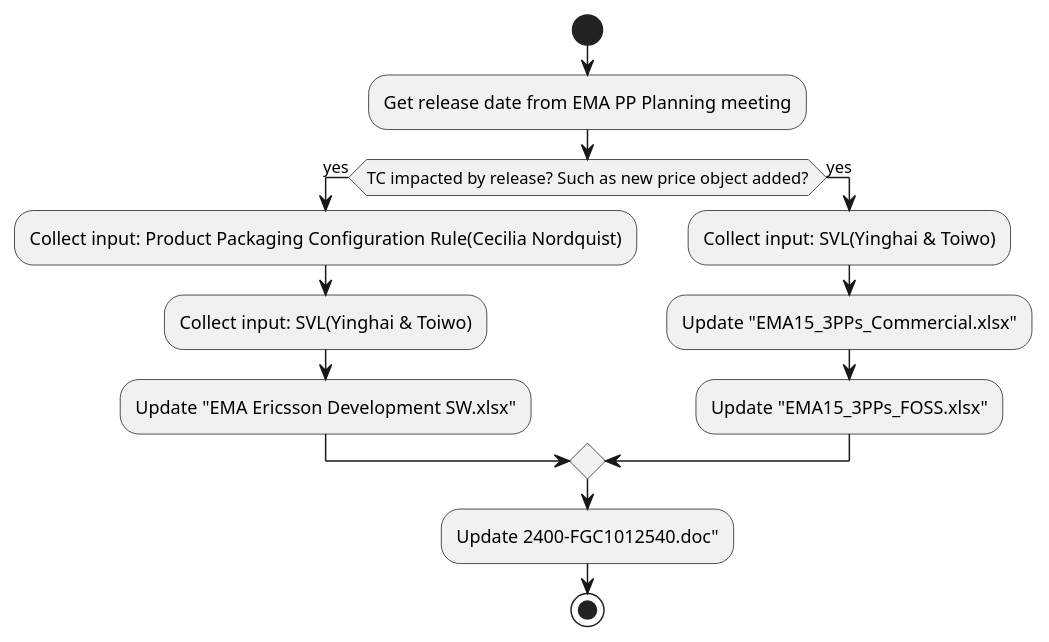
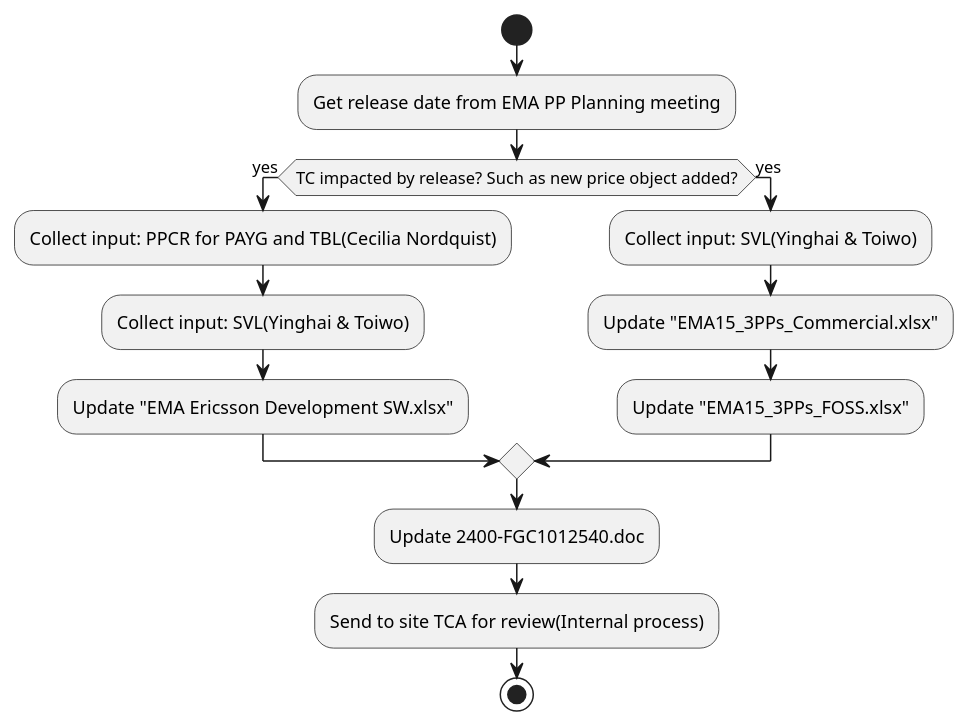
Before and after one commit to daiyimin/JavaBasics: the diagram in UMLProject/src/com/ericsson/uml/tradecompliance/2400.puml, drawn with PlantUML. The commit also changed 8 other files, not shown here.

Commit message:
add new UML of PG

```diff
--- a/UMLProject/src/com/ericsson/uml/tradecompliance/2400.puml
+++ b/UMLProject/src/com/ericsson/uml/tradecompliance/2400.puml
@@ -1,15 +1,16 @@
 @startuml
 start
 :Get release date from EMA PP Planning meeting;
 if (TC impacted by release? Such as new price object added?) then(yes)
-	:Collect input: Product Packaging Configuration Rule(Cecilia Nordquist);
+	:Collect input: PPCR for PAYG and TBL(Cecilia Nordquist);
 	:Collect input: SVL(Yinghai & Toiwo);
 	:Update "EMA Ericsson Development SW.xlsx";
 else(yes)
 	:Collect input: SVL(Yinghai & Toiwo);
 	:Update "EMA15_3PPs_Commercial.xlsx";
 	:Update "EMA15_3PPs_FOSS.xlsx";
 endif
-:Update 2400-FGC1012540.doc";
+:Update 2400-FGC1012540.doc;
+:Send to site TCA for review(Internal process);
 stop
 @enduml
```
